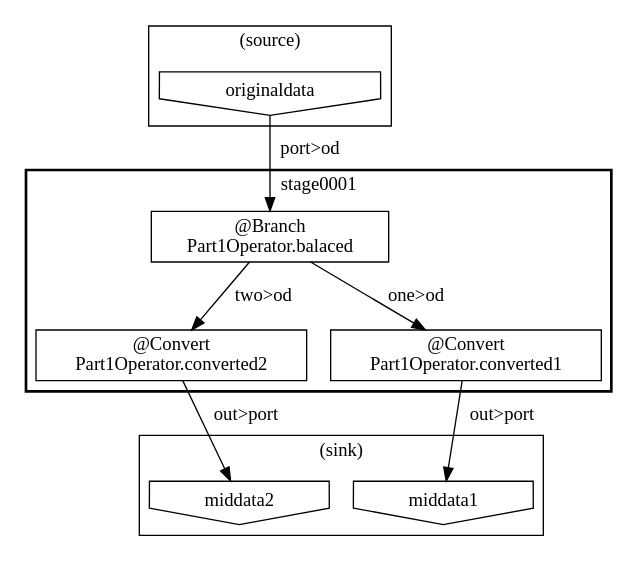
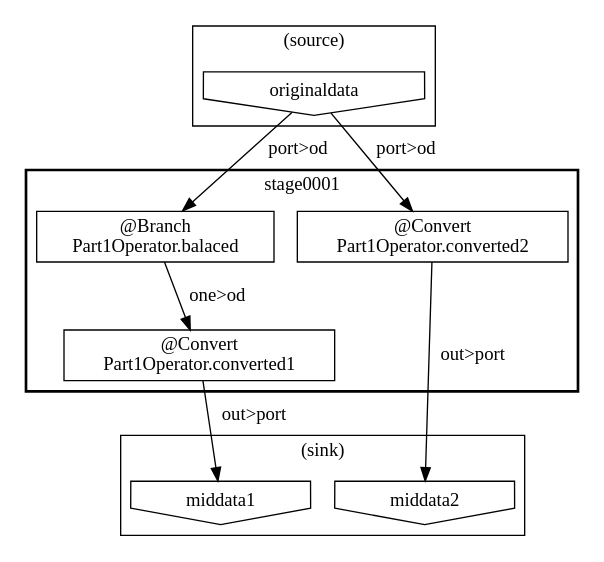
Before and after one commit to ironpeace/AsakusaFlowPartSample: the diagram in target/testdriver/batchcwork/bin/META-INF/visualize/stagegraph.dot, drawn with Graphviz. The commit also changed 38 other files, not shown here.

```diff
--- a/target/testdriver/batchcwork/bin/META-INF/visualize/stagegraph.dot
+++ b/target/testdriver/batchcwork/bin/META-INF/visualize/stagegraph.dot
@@ -1,23 +1,23 @@
 digraph {
-    subgraph "cluster_b646be14-6e9e-41df-9f20-928b600ed76f" {
+    subgraph "cluster_b383043e-3cdb-4853-b9a7-22b9c6695a14" {
         label = "(sink)";
-        "38b29cfd-df2b-4283-98f8-afda6aa403f8" [shape=invhouse, label="middata2"];
-        "ad1cdd48-9042-4868-be53-b8fae020fa79" [shape=invhouse, label="middata1"];
+        "f4725f1b-2ae7-4850-8787-f6a74e0d7161" [shape=invhouse, label="middata1"];
+        "23f6f02d-4d8a-4e57-945a-ecfcd0a2f11c" [shape=invhouse, label="middata2"];
     }
-    subgraph "cluster_bd4bbad6-748a-4881-9300-5c91f8f6a3cc" {
+    subgraph "cluster_6751b6b5-6f5e-452d-bb50-d1142a4ee10a" {
         label = "(source)";
-        "b81dab0c-b943-4e3b-afb5-bc16cc9962c1" [shape=invhouse, label="originaldata"];
+        "0efd019f-aa31-48f3-b738-d0f95c29e1b9" [shape=invhouse, label="originaldata"];
     }
-    subgraph "cluster_2735311b-8ed4-4125-b2bf-25d0385275ca" {
+    subgraph "cluster_3ab2887a-db89-4f00-b6be-4a27d3f80b6a" {
         label = "stage0001";
         style = bold;
-        "5246fe76-6ad7-4747-ab2a-7e7c3a37fb15" [shape=box, label="@Branch\nPart1Operator.balaced"];
-        "b8dac44b-6e65-4285-80d6-7d3a37bc3c4c" [shape=box, label="@Convert\nPart1Operator.converted2"];
-        "d627fb83-4632-4cb7-b4db-4f072b77b79e" [shape=box, label="@Convert\nPart1Operator.converted1"];
+        "63863365-46fa-40b2-a604-ec983007d75f" [shape=box, label="@Branch\nPart1Operator.balaced"];
+        "4804d878-d9ca-4d0f-81b5-c360b6b10afe" [shape=box, label="@Convert\nPart1Operator.converted1"];
+        "d92dc71d-9e10-47d9-ad33-0b5ed0f8e96b" [shape=box, label="@Convert\nPart1Operator.converted2"];
     }
-    "b81dab0c-b943-4e3b-afb5-bc16cc9962c1" -> "5246fe76-6ad7-4747-ab2a-7e7c3a37fb15" [label="port>od"];
-    "b8dac44b-6e65-4285-80d6-7d3a37bc3c4c" -> "38b29cfd-df2b-4283-98f8-afda6aa403f8" [label="out>port"];
-    "d627fb83-4632-4cb7-b4db-4f072b77b79e" -> "ad1cdd48-9042-4868-be53-b8fae020fa79" [label="out>port"];
-    "5246fe76-6ad7-4747-ab2a-7e7c3a37fb15" -> "d627fb83-4632-4cb7-b4db-4f072b77b79e" [label="one>od"];
-    "5246fe76-6ad7-4747-ab2a-7e7c3a37fb15" -> "b8dac44b-6e65-4285-80d6-7d3a37bc3c4c" [label="two>od"];
+    "0efd019f-aa31-48f3-b738-d0f95c29e1b9" -> "63863365-46fa-40b2-a604-ec983007d75f" [label="port>od"];
+    "0efd019f-aa31-48f3-b738-d0f95c29e1b9" -> "d92dc71d-9e10-47d9-ad33-0b5ed0f8e96b" [label="port>od"];
+    "d92dc71d-9e10-47d9-ad33-0b5ed0f8e96b" -> "23f6f02d-4d8a-4e57-945a-ecfcd0a2f11c" [label="out>port"];
+    "4804d878-d9ca-4d0f-81b5-c360b6b10afe" -> "f4725f1b-2ae7-4850-8787-f6a74e0d7161" [label="out>port"];
+    "63863365-46fa-40b2-a604-ec983007d75f" -> "4804d878-d9ca-4d0f-81b5-c360b6b10afe" [label="one>od"];
 }
```
